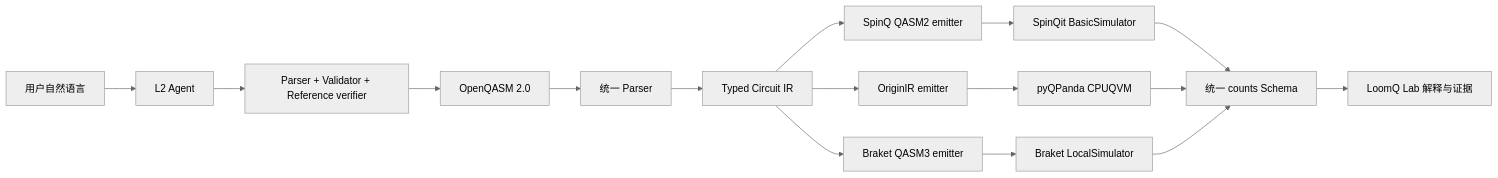
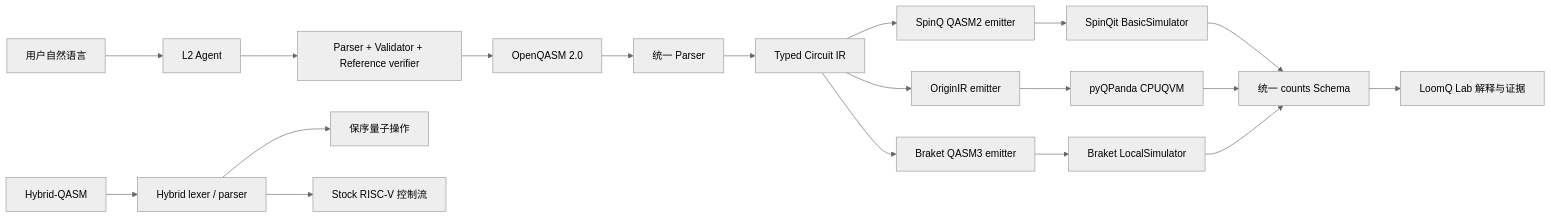
Before and after one commit to WayneYu1212/LoomQ-2026: the diagram in starter_kit/README.md, drawn with Mermaid (neutral theme). The commit also changed other lines of this file and 12 other files, not shown here.

````diff
--- a/starter_kit/README.md
+++ b/starter_kit/README.md
@@ -108,18 +112,21 @@
 ```mermaid
 flowchart LR
   U[用户自然语言] --> A[L2 Agent]
   A --> V[Parser + Validator + Reference verifier]
   V --> Q[OpenQASM 2.0]
   Q --> P[统一 Parser]
   P --> IR[Typed Circuit IR]
   IR --> S[SpinQ QASM2 emitter]
   IR --> O[OriginIR emitter]
   IR --> B[Braket QASM3 emitter]
   S --> SR[SpinQit BasicSimulator]
   O --> OR[pyQPanda CPUQVM]
   B --> BR[Braket LocalSimulator]
   SR --> N[统一 counts Schema]
   OR --> N
   BR --> N
   N --> W[LoomQ Lab 解释与证据]
+  H3[Hybrid-QASM] --> HP[Hybrid lexer / parser]
+  HP --> QO[保序量子操作]
+  HP --> RV[Stock RISC-V 控制流]
 ```
````
